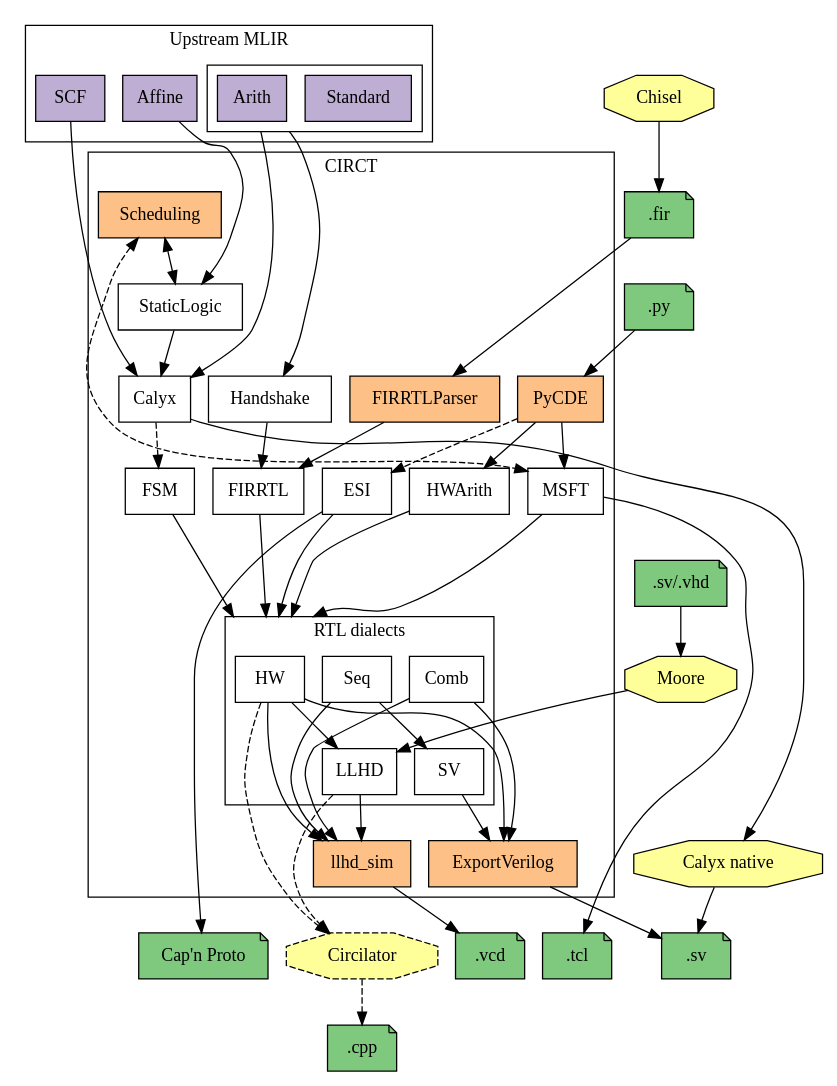
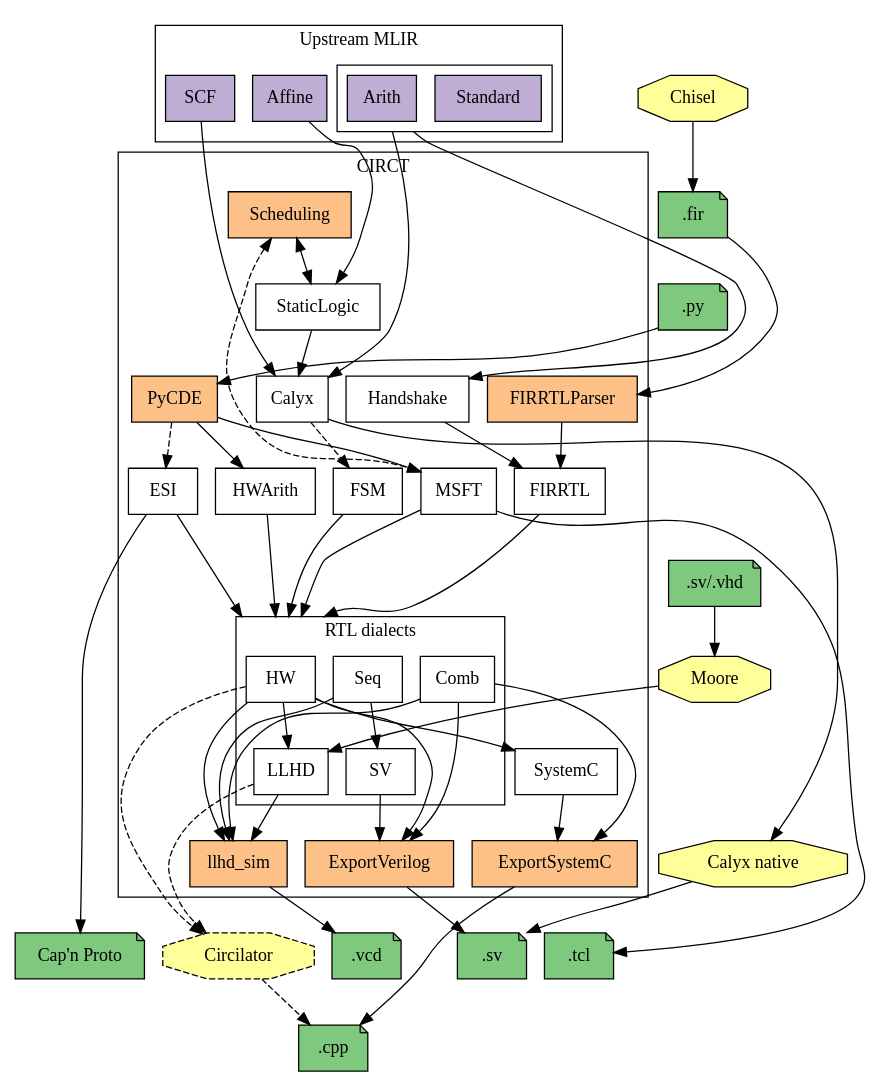
Before and after one commit to thomasnormal/circt: the diagram in docs/dialects.dot, drawn with Graphviz. The commit also changed 33 other files, not shown here.

```diff
--- a/docs/dialects.dot
+++ b/docs/dialects.dot
@@ -1,130 +1,134 @@
 digraph G {
   // Note: Remember to run the circt/utils/update-docs-dialects.sh script after
   // modifying this file to regenerate the .svg and .png renders of the graph.
   rankdir = TB
   splines=spline
   node [shape=box style=filled fillcolor="white"]
   nodesep=0.2 // horizontal compression
   ranksep=0.5 // vertical compression
   compound=true
 
   // MLIR dialects
   subgraph cluster_mlir {
     label = "Upstream MLIR";
     node [fillcolor="#beaed4"]
     SCF Affine
     subgraph cluster_std_arith_dialect {
       label = ""
       Standard Arith
     }
   }
 
   subgraph cluster_circt {
     label = "CIRCT"
     // CIRCT dialects
     Handshake [URL="https://circt.llvm.org/docs/Dialects/Handshake/"]
     Calyx [URL="https://circt.llvm.org/docs/Dialects/Calyx/"]
     FIRRTL [URL="https://circt.llvm.org/docs/Dialects/FIRRTL/"]
     StaticLogic [URL="https://circt.llvm.org/docs/Dialects/StaticLogic/"]
     MSFT [URL="https://circt.llvm.org/docs/Dialects/MSFT/"]
     ESI [URL="https://circt.llvm.org/docs/Dialects/ESI/"]
     FSM [URL="https://circt.llvm.org/docs/Dialects/FSM/"]
     HWArith [URL="https://circt.llvm.org/docs/Dialects/HWArith/"]
+    SystemC [URL="https://circt.llvm.org/docs/Dialects/SystemC/"]
 
     // Invisible node to make space for RTL cluster's incoming edges.
     space_above_RTL [style = invis, label=""]
 
     subgraph cluster_RTL {
       label = "RTL dialects"
       Seq [URL="https://circt.llvm.org/docs/Dialects/Seq/"]
       HW [URL="https://circt.llvm.org/docs/Dialects/HW/"]
       SV [URL="https://circt.llvm.org/docs/Dialects/SV/"]
       Comb [URL="https://circt.llvm.org/docs/Dialects/Comb/"]
       LLHD [URL="https://circt.llvm.org/docs/Dialects/LLHD/"]
     }
 
     // Internal tools
     subgraph internal_tools{
       node [fillcolor="#fdc086"]
-      FIRRTLParser llhd_sim
+      FIRRTLParser llhd_sim ExportSystemC
       ExportVerilog [URL="https://circt.llvm.org/docs/VerilogGeneration/"]
       PyCDE [URL="https://circt.llvm.org/docs/PyCDE/"]
       Scheduling [URL="https://circt.llvm.org/docs/Scheduling/"]
     }
   }
 
   // External tools
   subgraph external_tools {
     node [shape=octagon fillcolor="#ffff99"]
     Moore Chisel
     Calyx_native [label="Calyx native"]
     Circilator [style="dashed,filled"]
   }
 
   // File formats
   subgraph file_formats {
     node [fillcolor="#7fc97f" shape="note"]
     VCDTrace [label=".vcd"]
     CPPFile [label=".cpp"]
     SVFile [label=".sv"]
     CapNProto [label="Cap'n Proto"]
     TCL [label=".tcl"]
     FIRFile [label=".fir"]
     SVVHDL [label=".sv/.vhd"]
     PyFile [label=".py"]
   }
 
   // ===== Connections =====
   // Dialect conversions
   SCF -> Calyx
   Affine -> StaticLogic
   StaticLogic -> Calyx
   Arith -> {Handshake Calyx} [ltail=cluster_std_arith_dialect]
 
   Handshake -> FIRRTL
   Calyx -> FSM [style=dashed]
 
   // Things that lower into a subset of the RTL-like dialects. Cluster these
   // together to avoid a massive clutter.
   {FIRRTL FSM ESI MSFT HWArith} -> HW [lhead=cluster_RTL]
   Seq -> SV
   HW -> LLHD
   Comb -> ExportVerilog
+  HW -> SystemC
 
   // Tool flows
   Scheduling -> StaticLogic [dir=both]
   Chisel -> FIRFile
   FIRFile -> FIRRTLParser
   FIRRTLParser -> FIRRTL
+  {SystemC, Comb} -> ExportSystemC
+  ExportSystemC -> CPPFile
   {HW SV} -> ExportVerilog
   SVVHDL -> Moore [weight=999]
   Moore -> LLHD
   {LLHD HW} -> Circilator [style=dashed]
   Calyx -> Calyx_native
   {Calyx_native ExportVerilog} -> SVFile
   Circilator -> CPPFile [style=dashed]
   {LLHD Comb HW Seq} -> llhd_sim
   llhd_sim -> VCDTrace
   ESI -> CapNProto
   MSFT -> TCL
   PyFile -> PyCDE
   PyCDE -> ESI [style=dashed]
   PyCDE -> MSFT
   PyCDE -> HWArith
   Scheduling -> MSFT [dir=both, style=dashed]
 
   // ====== Some fake edges to coerce a good layout ======
   // Note: Modify these if you make changes to the above diagram, and things
   // start looking weird.
   Affine -> Scheduling [weight=999 style=invis]
   FIRFile -> PyFile [weight=999 style=invis]
 
   // Leave one rank free above the RTL cluster to improve routing of incoming
   // edges.
   {FIRRTL FSM ESI MSFT HWArith} -> space_above_RTL [weight=999, style=invis]
   space_above_RTL -> {Seq HW Comb} [lhead=cluster_RTL, weight=999, style=invis]
 
   // Fix the following sink nodes below the CIRCT cluster
   llhd_sim -> {SVFile Circilator TCL CapNProto} [weight=999 style=invis]
   Calyx_native -> SVFile [weight=999 style=invis]
 }
```
